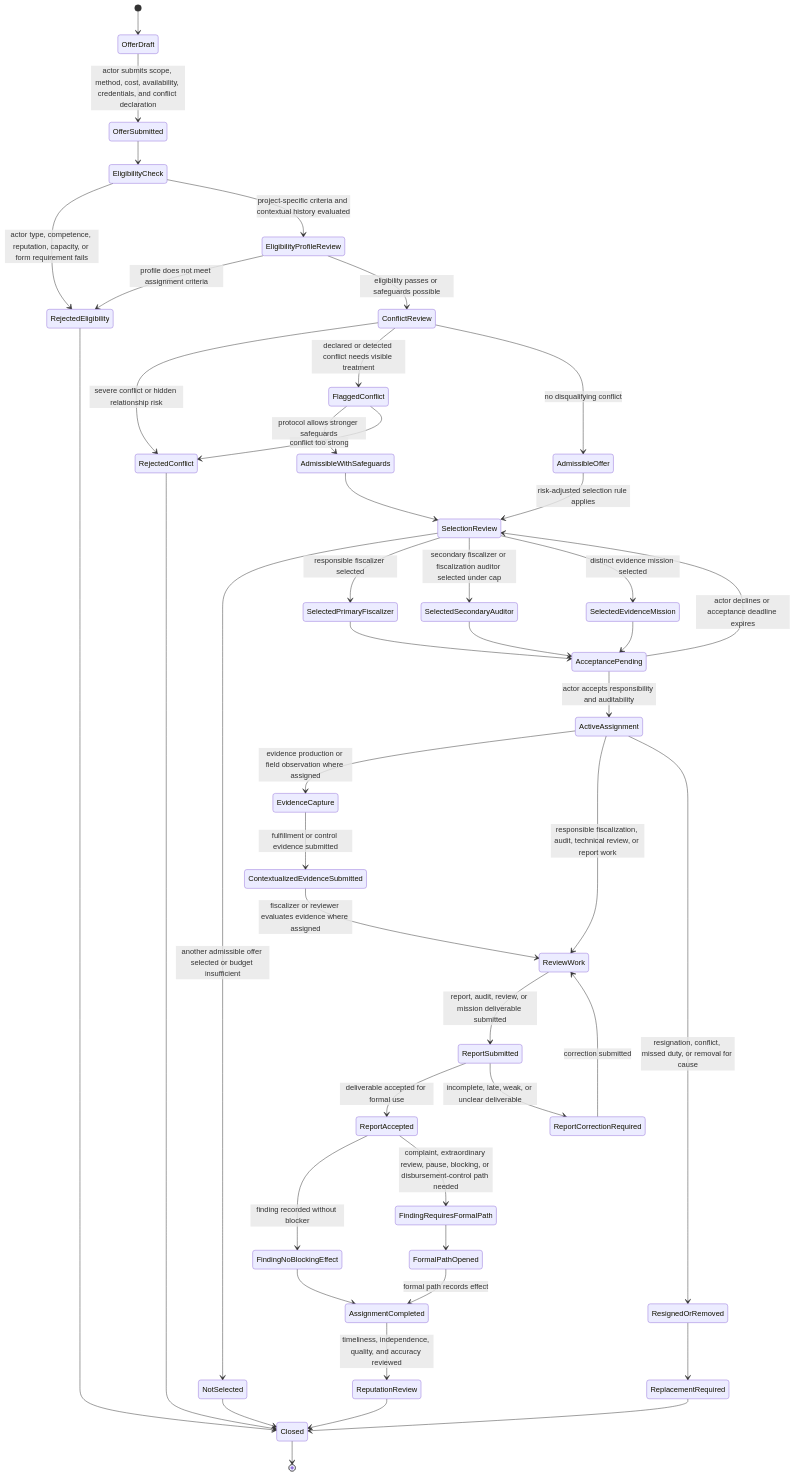
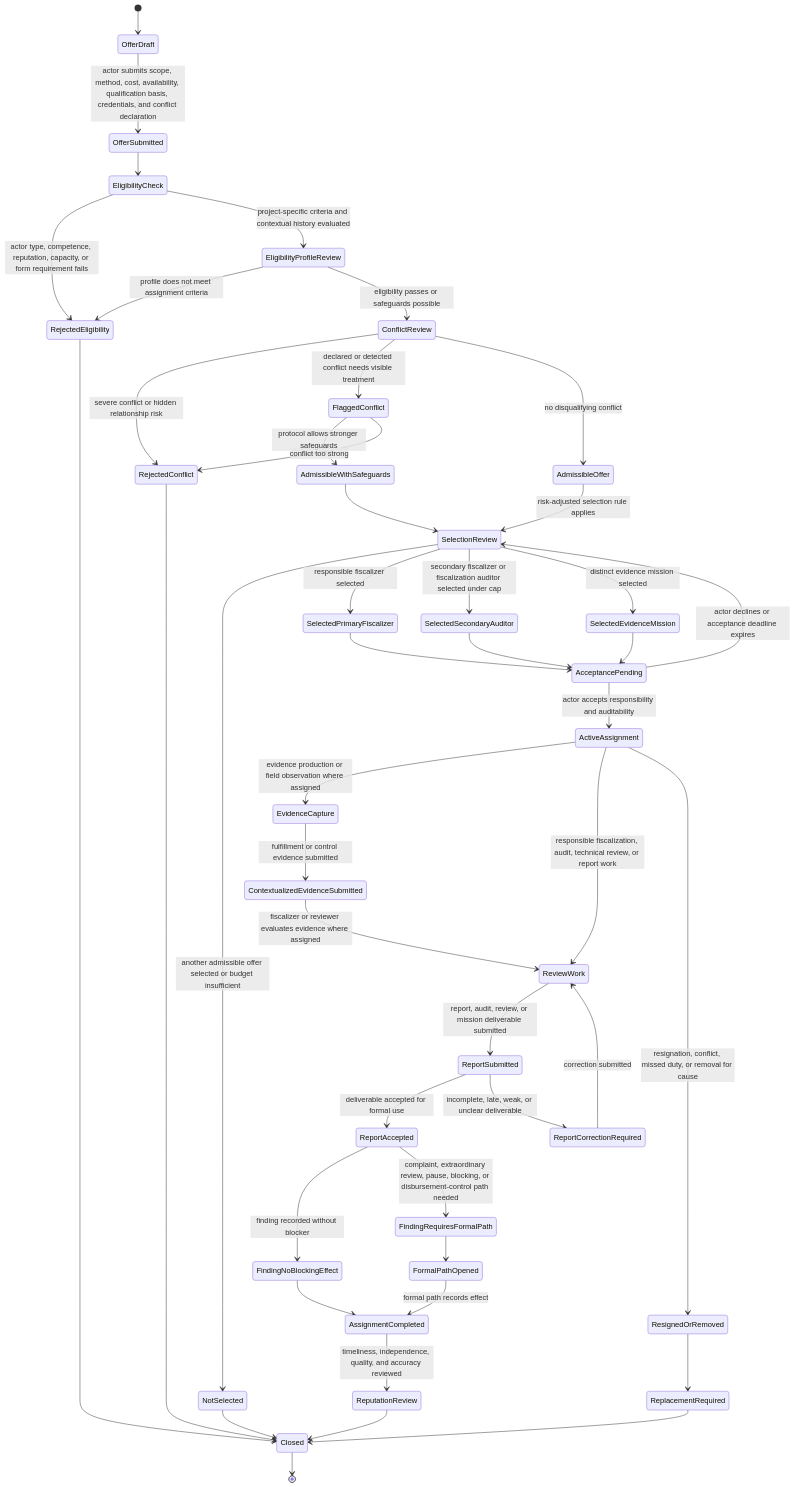
The second of 3 diagrams in docs/diagrams/v0-control-subproject-fiscalization-assignment-state.md (moffermann/distributed-governance-research), drawn with Mermaid before and after one commit. The commit also changed other lines of this file and 35 other files, not shown here.

````diff
--- a/docs/diagrams/v0-control-subproject-fiscalization-assignment-state.md
+++ b/docs/diagrams/v0-control-subproject-fiscalization-assignment-state.md
@@ -101,62 +101,62 @@
 ```mermaid
 stateDiagram-v2
     [*] --> OfferDraft
-    OfferDraft --> OfferSubmitted: actor submits scope, method, cost, availability, credentials, and conflict declaration
+    OfferDraft --> OfferSubmitted: actor submits scope, method, cost, availability, qualification basis, credentials, and conflict declaration
 
     OfferSubmitted --> EligibilityCheck
     EligibilityCheck --> RejectedEligibility: actor type, competence, reputation, capacity, or form requirement fails
     EligibilityCheck --> EligibilityProfileReview: project-specific criteria and contextual history evaluated
     EligibilityProfileReview --> RejectedEligibility: profile does not meet assignment criteria
     EligibilityProfileReview --> ConflictReview: eligibility passes or safeguards possible
 
     ConflictReview --> RejectedConflict: severe conflict or hidden relationship risk
     ConflictReview --> FlaggedConflict: declared or detected conflict needs visible treatment
     ConflictReview --> AdmissibleOffer: no disqualifying conflict
 
     FlaggedConflict --> AdmissibleWithSafeguards: protocol allows stronger safeguards
     FlaggedConflict --> RejectedConflict: conflict too strong
 
     AdmissibleOffer --> SelectionReview: risk-adjusted selection rule applies
     AdmissibleWithSafeguards --> SelectionReview
 
     SelectionReview --> NotSelected: another admissible offer selected or budget insufficient
     SelectionReview --> SelectedPrimaryFiscalizer: responsible fiscalizer selected
     SelectionReview --> SelectedSecondaryAuditor: secondary fiscalizer or fiscalization auditor selected under cap
     SelectionReview --> SelectedEvidenceMission: distinct evidence mission selected
 
     SelectedPrimaryFiscalizer --> AcceptancePending
     SelectedSecondaryAuditor --> AcceptancePending
     SelectedEvidenceMission --> AcceptancePending
 
     AcceptancePending --> ActiveAssignment: actor accepts responsibility and auditability
     AcceptancePending --> SelectionReview: actor declines or acceptance deadline expires
 
     ActiveAssignment --> EvidenceCapture: evidence production or field observation where assigned
     ActiveAssignment --> ReviewWork: responsible fiscalization, audit, technical review, or report work
 
     EvidenceCapture --> ContextualizedEvidenceSubmitted: fulfillment or control evidence submitted
     ContextualizedEvidenceSubmitted --> ReviewWork: fiscalizer or reviewer evaluates evidence where assigned
 
     ReviewWork --> ReportSubmitted: report, audit, review, or mission deliverable submitted
     ReportSubmitted --> ReportAccepted: deliverable accepted for formal use
     ReportSubmitted --> ReportCorrectionRequired: incomplete, late, weak, or unclear deliverable
     ReportCorrectionRequired --> ReviewWork: correction submitted
 
     ReportAccepted --> FindingNoBlockingEffect: finding recorded without blocker
     ReportAccepted --> FindingRequiresFormalPath: complaint, extraordinary review, pause, blocking, or disbursement-control path needed
 
     FindingRequiresFormalPath --> FormalPathOpened
     FindingNoBlockingEffect --> AssignmentCompleted
     FormalPathOpened --> AssignmentCompleted: formal path records effect
 
     ActiveAssignment --> ResignedOrRemoved: resignation, conflict, missed duty, or removal for cause
     ResignedOrRemoved --> ReplacementRequired
 
     AssignmentCompleted --> ReputationReview: timeliness, independence, quality, and accuracy reviewed
     ReplacementRequired --> Closed
     NotSelected --> Closed
     RejectedEligibility --> Closed
     RejectedConflict --> Closed
     ReputationReview --> Closed
     Closed --> [*]
 ```
````
